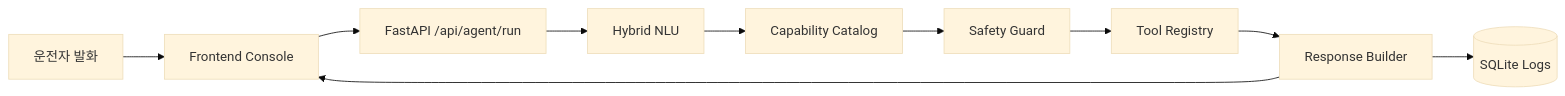
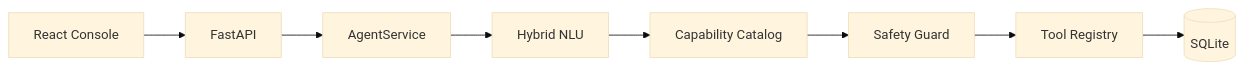
The second of 2 diagrams in README.md (nnginii04/AutoMate), drawn with Mermaid (base theme) before and after one commit. The commit also changed other lines of this file and 1 other file, not shown here.

````diff
--- a/README.md
+++ b/README.md
@@ -28,12 +92,10 @@
 ```mermaid
 flowchart LR
-  User[운전자 발화] --> UI[Frontend Console]
-  UI --> API[FastAPI /api/agent/run]
-  API --> NLU[Hybrid NLU]
+  UI[React Console] --> API[FastAPI]
+  API --> Agent[AgentService]
+  Agent --> NLU[Hybrid NLU]
   NLU --> Catalog[Capability Catalog]
   Catalog --> Safety[Safety Guard]
   Safety --> Tools[Tool Registry]
-  Tools --> Response[Response Builder]
-  Response --> Logs[(SQLite Logs)]
-  Response --> UI
+  Tools --> Logs[(SQLite)]
 ```
````
